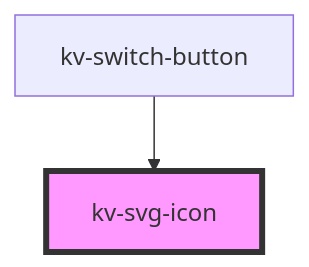
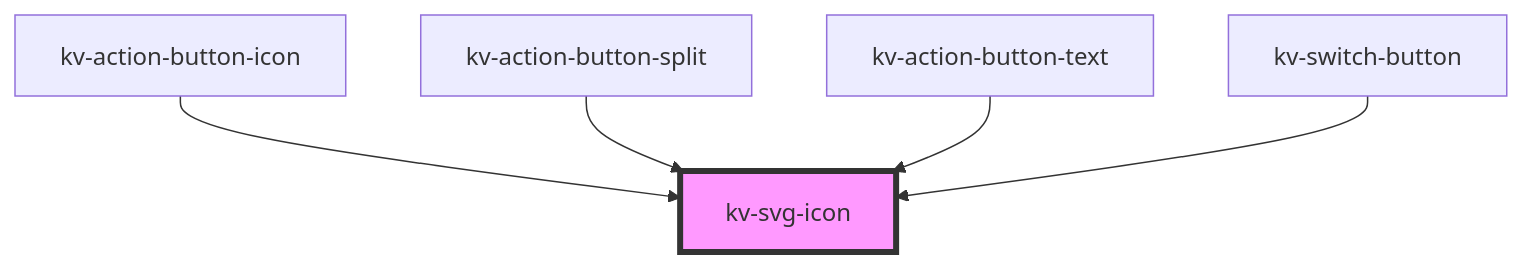
Before and after one commit to kelvininc/ui-components: the diagram in packages/ui-components/src/components/svg-icon/readme.md, drawn with Mermaid. The commit also changed other lines of this file and 43 other files, not shown here.

Commit message:
feat(action-button): add component

````diff
--- a/packages/ui-components/src/components/svg-icon/readme.md
+++ b/packages/ui-components/src/components/svg-icon/readme.md
@@ -127,5 +131,8 @@
 ```mermaid
 graph TD;
+  kv-action-button-icon --> kv-svg-icon
+  kv-action-button-split --> kv-svg-icon
+  kv-action-button-text --> kv-svg-icon
   kv-switch-button --> kv-svg-icon
   style kv-svg-icon fill:#f9f,stroke:#333,stroke-width:4px
 ```
````
